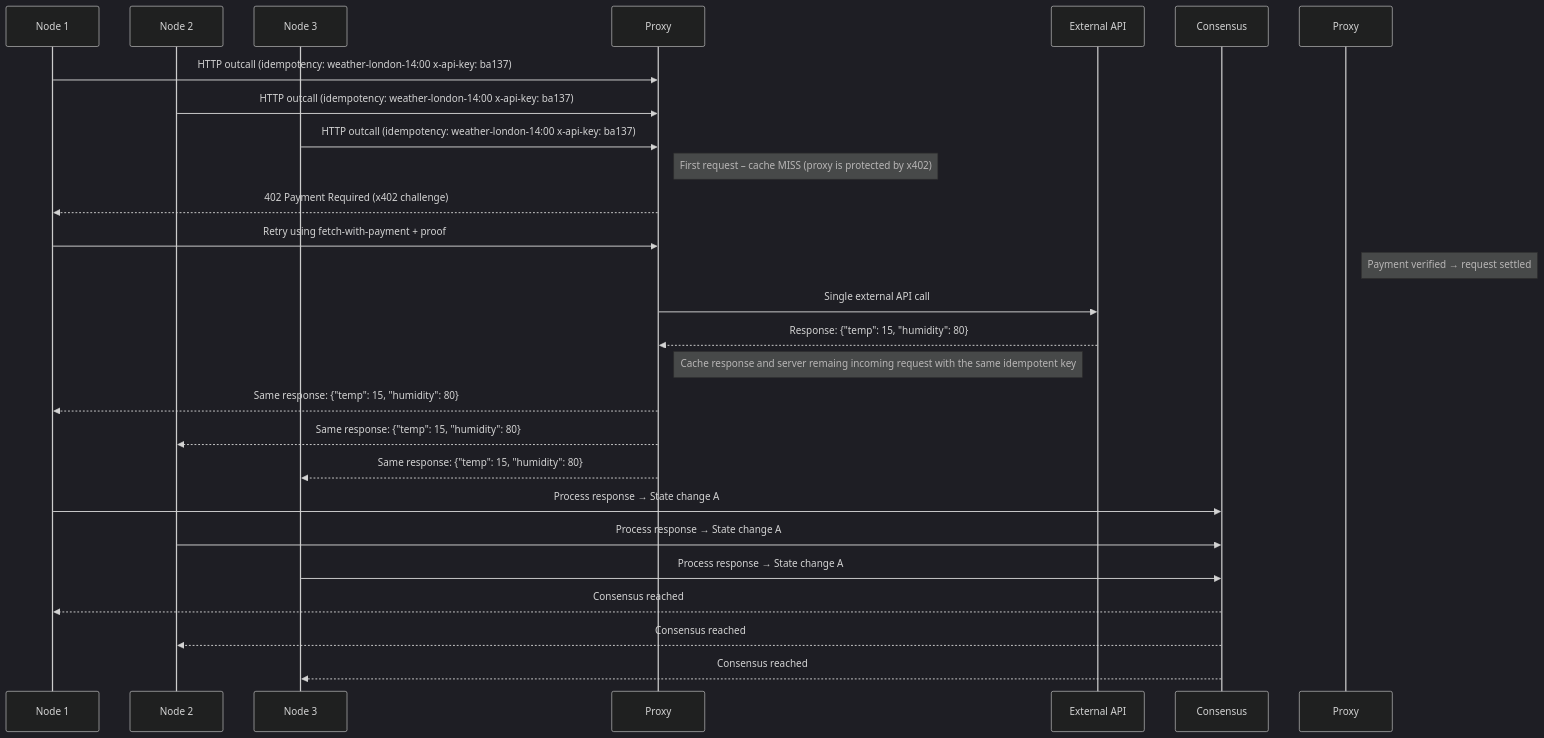
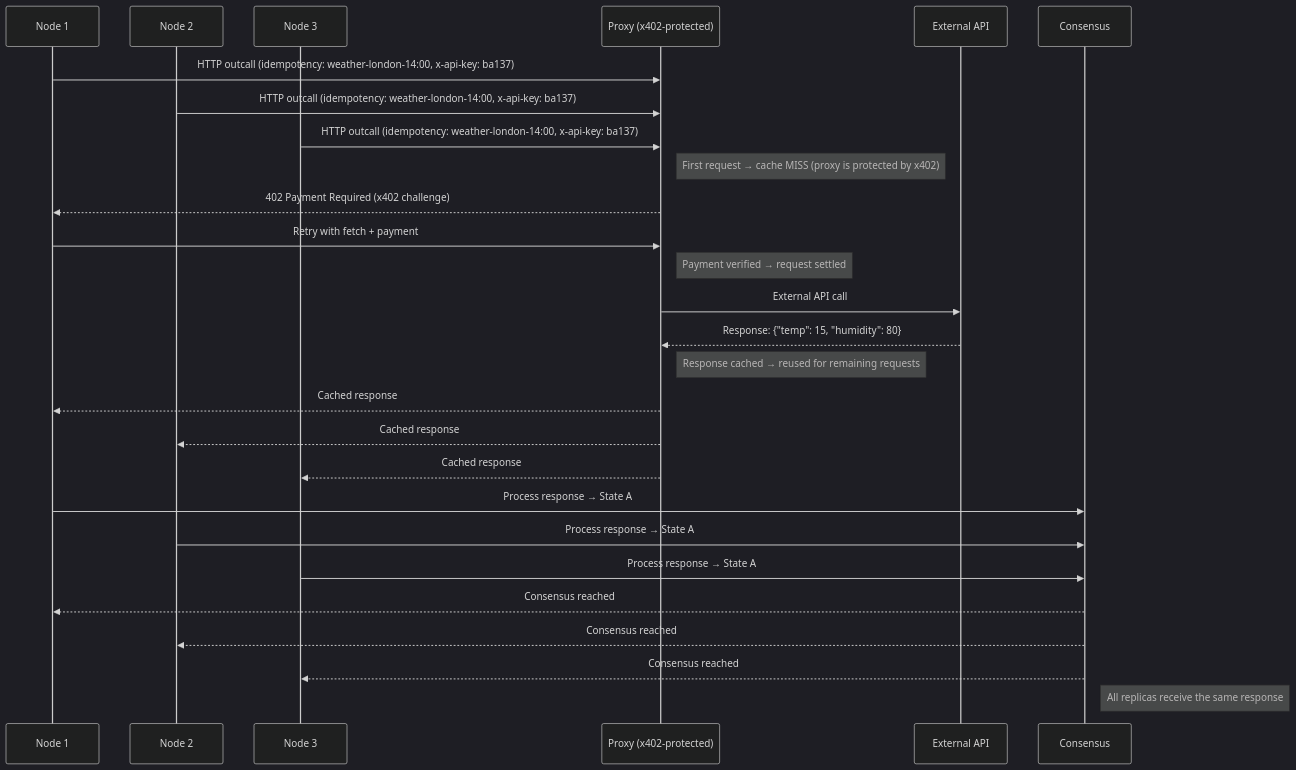
Before and after one commit to Demali-876/consensus: the diagram in README.md, drawn with Mermaid (dark theme).

````diff
--- a/README.md
+++ b/README.md
@@ -67,38 +67,39 @@
 ```mermaid
 sequenceDiagram
     participant R1 as Node 1
     participant R2 as Node 2
     participant R3 as Node 3
-    participant P as Proxy
+    participant P as Proxy (x402-protected)
     participant API as External API
     participant C as Consensus
 
-    R1->>P: HTTP outcall (idempotency: weather-london-14:00 x-api-key: ba137)
-    R2->>P: HTTP outcall (idempotency: weather-london-14:00 x-api-key: ba137)
-    R3->>P: HTTP outcall (idempotency: weather-london-14:00 x-api-key: ba137)
+    R1->>P: HTTP outcall (idempotency: weather-london-14:00, x-api-key: ba137)
+    R2->>P: HTTP outcall (idempotency: weather-london-14:00, x-api-key: ba137)
+    R3->>P: HTTP outcall (idempotency: weather-london-14:00, x-api-key: ba137)
 
-    Note right of P: First request – cache MISS (proxy is protected by x402)
+    Note right of P: First request → cache MISS (proxy is protected by x402)
 
     P-->>R1: 402 Payment Required (x402 challenge)
-    R1->>P: Retry using fetch-with-payment + proof
+    R1->>P: Retry with fetch + payment
 
-    Note right of Proxy: Payment verified → request settled
+    Note right of P: Payment verified → request settled
 
-    P->>API: Single external API call
+    P->>API: External API call
     API-->>P: Response: {"temp": 15, "humidity": 80}
 
-    Note right of P: Cache response and server remaing incoming request with the same idempotent key
+    Note right of P: Response cached → reused for remaining requests
 
-    P-->>R1: Same response: {"temp": 15, "humidity": 80}
-    P-->>R2: Same response: {"temp": 15, "humidity": 80}
-    P-->>R3: Same response: {"temp": 15, "humidity": 80}
+    P-->>R1: Cached response
+    P-->>R2: Cached response
+    P-->>R3: Cached response
 
-
-    R1->>C: Process response → State change A
-    R2->>C: Process response → State change A
-    R3->>C: Process response → State change A
+    R1->>C: Process response → State A
+    R2->>C: Process response → State A
+    R3->>C: Process response → State A
 
     C-->>R1: Consensus reached
     C-->>R2: Consensus reached
     C-->>R3: Consensus reached
+
+    Note right of C: All replicas receive the same response
 ```
````
